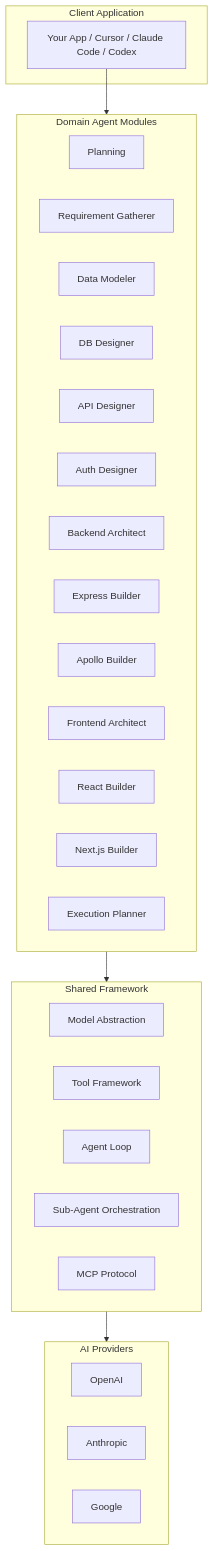
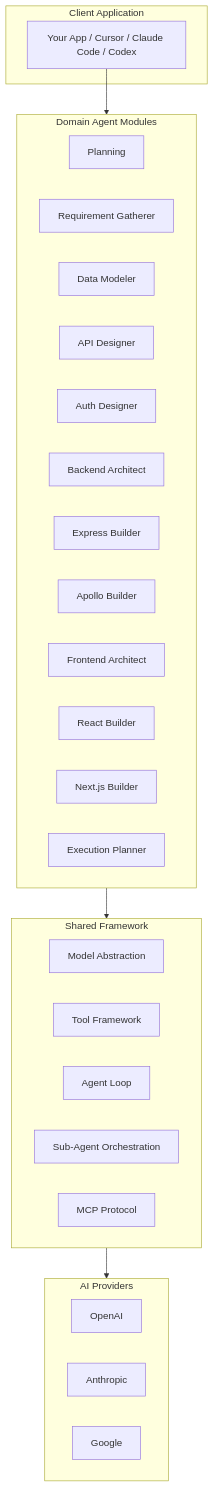
The second of 4 diagrams in README.md (sijeeshmiziha/sweagent), drawn with Mermaid before and after one commit. The commit also changed other lines of this file, not shown here.

````diff
--- a/README.md
+++ b/README.md
@@ -913,40 +515,39 @@
 ```mermaid
 graph TB
   subgraph Client[Client Application]
     App["Your App / Cursor / Claude Code / Codex"]
   end
 
   subgraph DomainAgents[Domain Agent Modules]
     Planning["Planning"]
     ReqGatherer["Requirement Gatherer"]
     DataModeler["Data Modeler"]
-    DbDesigner["DB Designer"]
     ApiDesigner["API Designer"]
     AuthDesigner["Auth Designer"]
     BackendArch["Backend Architect"]
     ExpressBuilder["Express Builder"]
     ApolloBuilder["Apollo Builder"]
     FrontendArch["Frontend Architect"]
     ReactBuilder["React Builder"]
     NextjsBuilder["Next.js Builder"]
     ExecPlanner["Execution Planner"]
   end
 
   subgraph Framework[Shared Framework]
     Models["Model Abstraction"]
     ToolFW["Tool Framework"]
     AgentLoop["Agent Loop"]
     SubAgentOrch["Sub-Agent Orchestration"]
     MCP["MCP Protocol"]
   end
 
   subgraph Providers[AI Providers]
     OpenAI["OpenAI"]
     Anthropic["Anthropic"]
     Google["Google"]
   end
 
   App --> DomainAgents
   DomainAgents --> Framework
   Framework --> Providers
 ```
````
